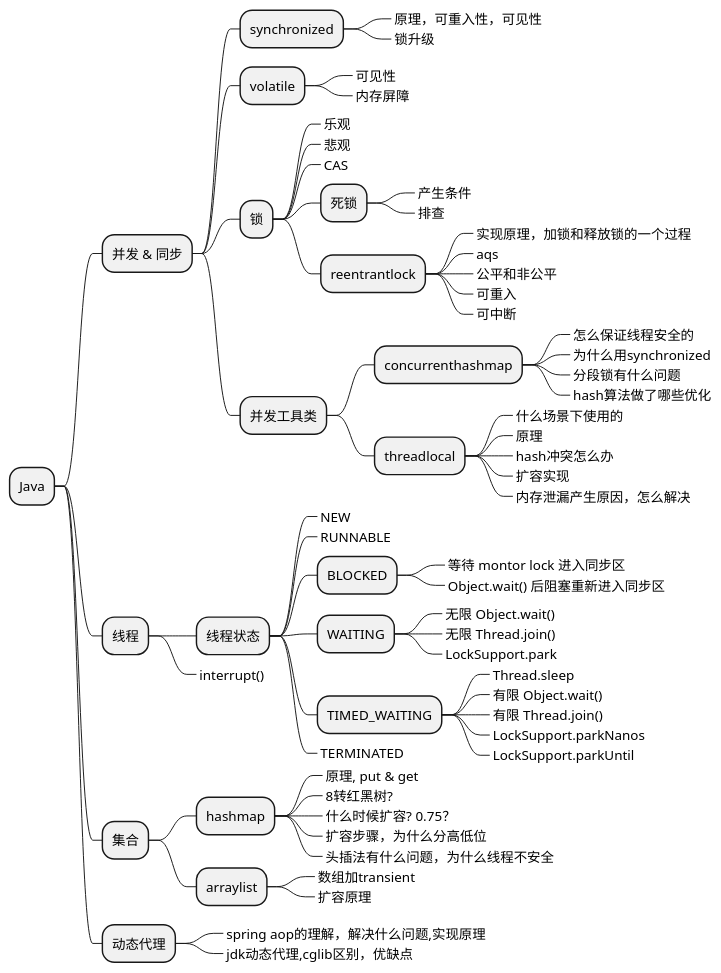
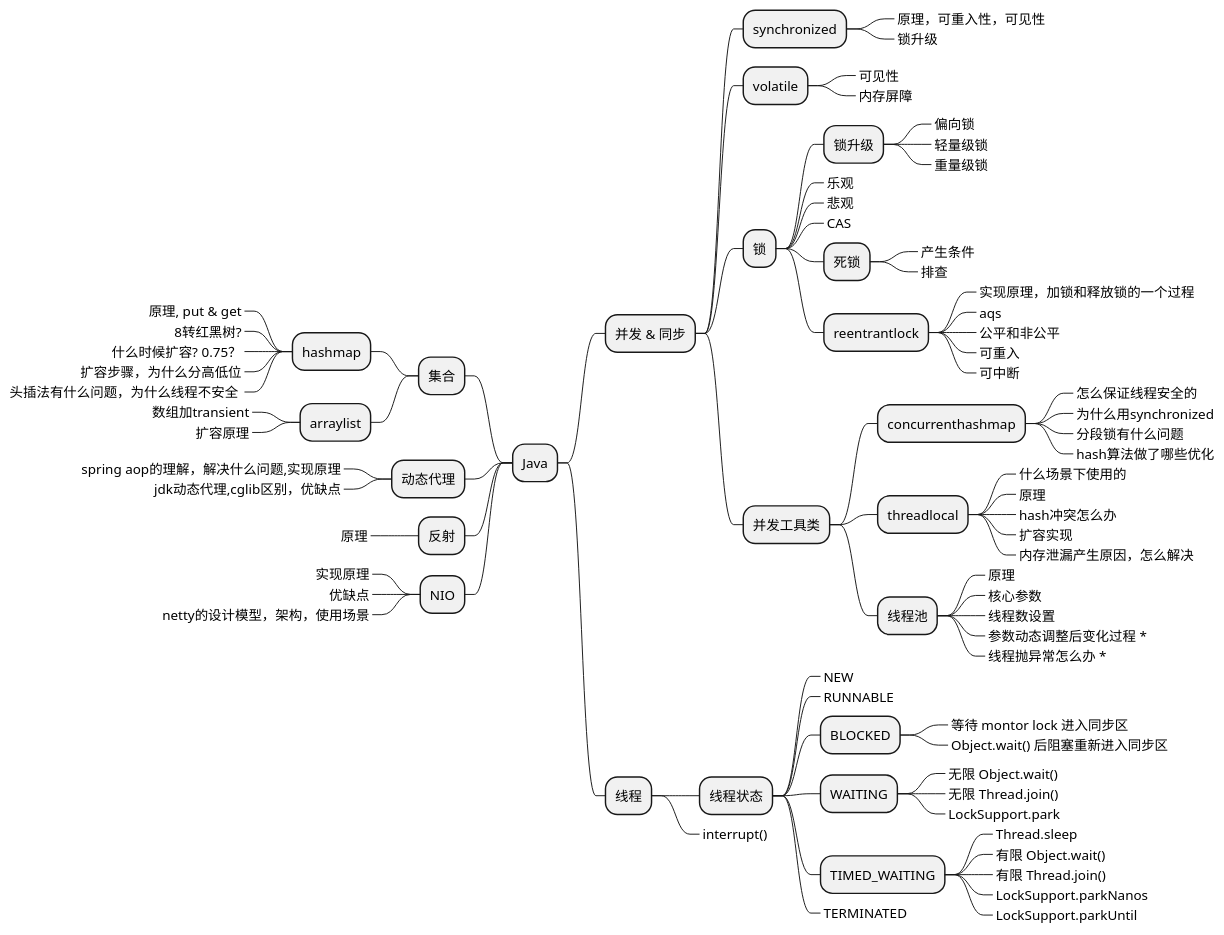
One commit to Gh0st99/Gh0st99.github.io changed the first of 11 diagrams in _posts/2021-05-27-查漏补缺.md. Above: the diagram before and after it, drawn with PlantUML. The commit also changed other lines of this file and 1 other file, not shown here.

````diff
--- a/_posts/2021-05-27-查漏补缺.md
+++ b/_posts/2021-05-27-查漏补缺.md
@@ -24,6 +24,11 @@
 ****_ 内存屏障
 
 *** 锁
+**** 锁升级
+*****_ 偏向锁
+*****_ 轻量级锁
+*****_ 重量级锁
+
 ****_ 乐观
 ****_ 悲观
 ****_ CAS
@@ -49,6 +54,13 @@
 *****_ hash冲突怎么办
 *****_ 扩容实现
 *****_ 内存泄漏产生原因，怎么解决
+**** 线程池
+*****_ 原理
+*****_ 核心参数
+*****_ 线程数设置
+*****_ 参数动态调整后变化过程 *
+*****_ 线程抛异常怎么办 *
+
 
 ** 线程
 *** 线程状态
@@ -71,6 +83,7 @@
 
 ***_ interrupt()
 
+left side
 ** 集合
 
 *** hashmap
@@ -89,5 +102,13 @@
 ***_ spring aop的理解，解决什么问题,实现原理
 ***_ jdk动态代理,cglib区别，优缺点
 
+** 反射
+***_ 原理
+
+** NIO
+***_ 实现原理
+***_ 优缺点
+***_ netty的设计模型，架构，使用场景
+
 @endmindmap
 ```
````
